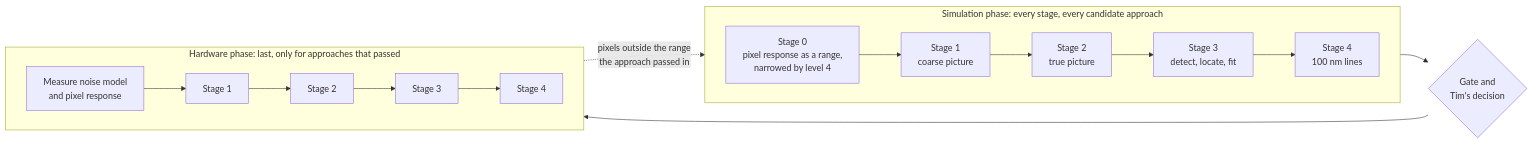
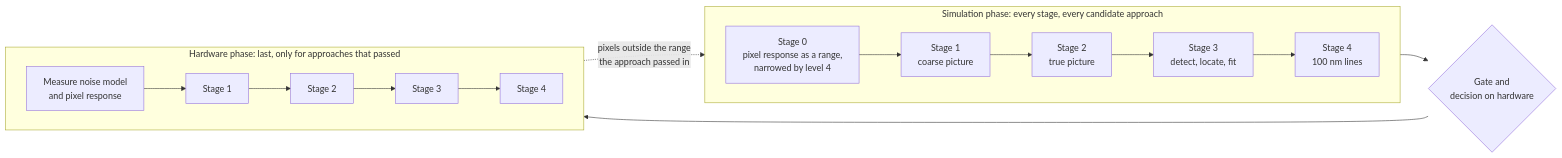
The fourth of 4 diagrams in docs/calibration-and-test.md (mithro/ccd-superres), drawn with Mermaid before and after one commit. The commit also changed other lines of this file and 20 other files, not shown here.

````diff
--- a/docs/calibration-and-test.md
+++ b/docs/calibration-and-test.md
@@ -1130,20 +1130,20 @@
 ```mermaid
 flowchart LR
     subgraph SIM["Simulation phase: every stage, every candidate approach"]
         direction LR
         G0["Stage 0<br/>pixel response as a range,<br/>narrowed by level 4"] --> G1["Stage 1<br/>coarse picture"]
         G1 --> G2["Stage 2<br/>true picture"]
         G2 --> G3["Stage 3<br/>detect, locate, fit"]
         G3 --> G4["Stage 4<br/>100 nm lines"]
     end
-    G4 --> GATE{"Gate and<br/>Tim's decision"}
+    G4 --> GATE{"Gate and<br/>decision on hardware"}
     subgraph HW["Hardware phase: last, only for approaches that passed"]
         direction LR
         H0["Measure noise model<br/>and pixel response"] --> H1["Stage 1"]
         H1 --> H2["Stage 2"]
         H2 --> H3["Stage 3"]
         H3 --> H4["Stage 4"]
     end
     GATE --> H0
     H0 -. "pixels outside the range<br/>the approach passed in" .-> G2
 ```
````
